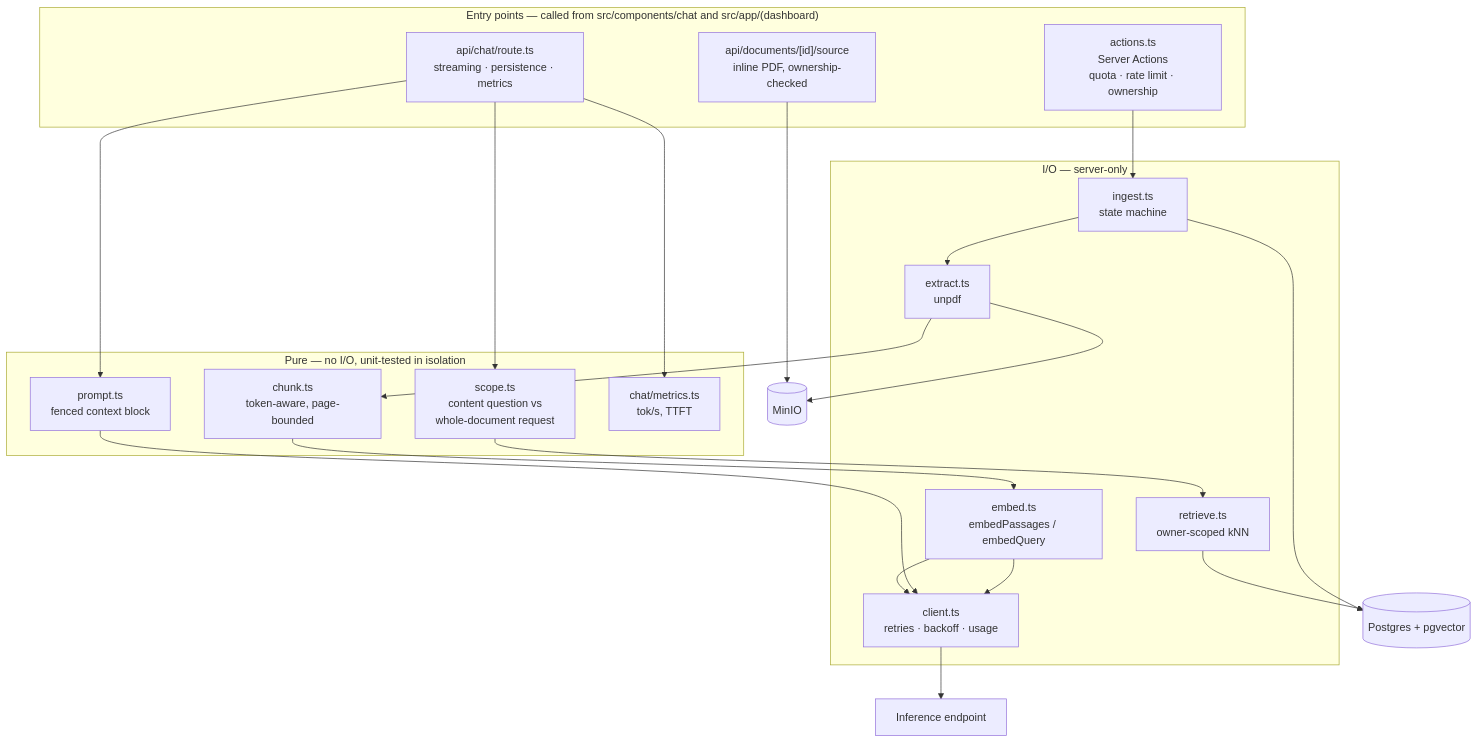
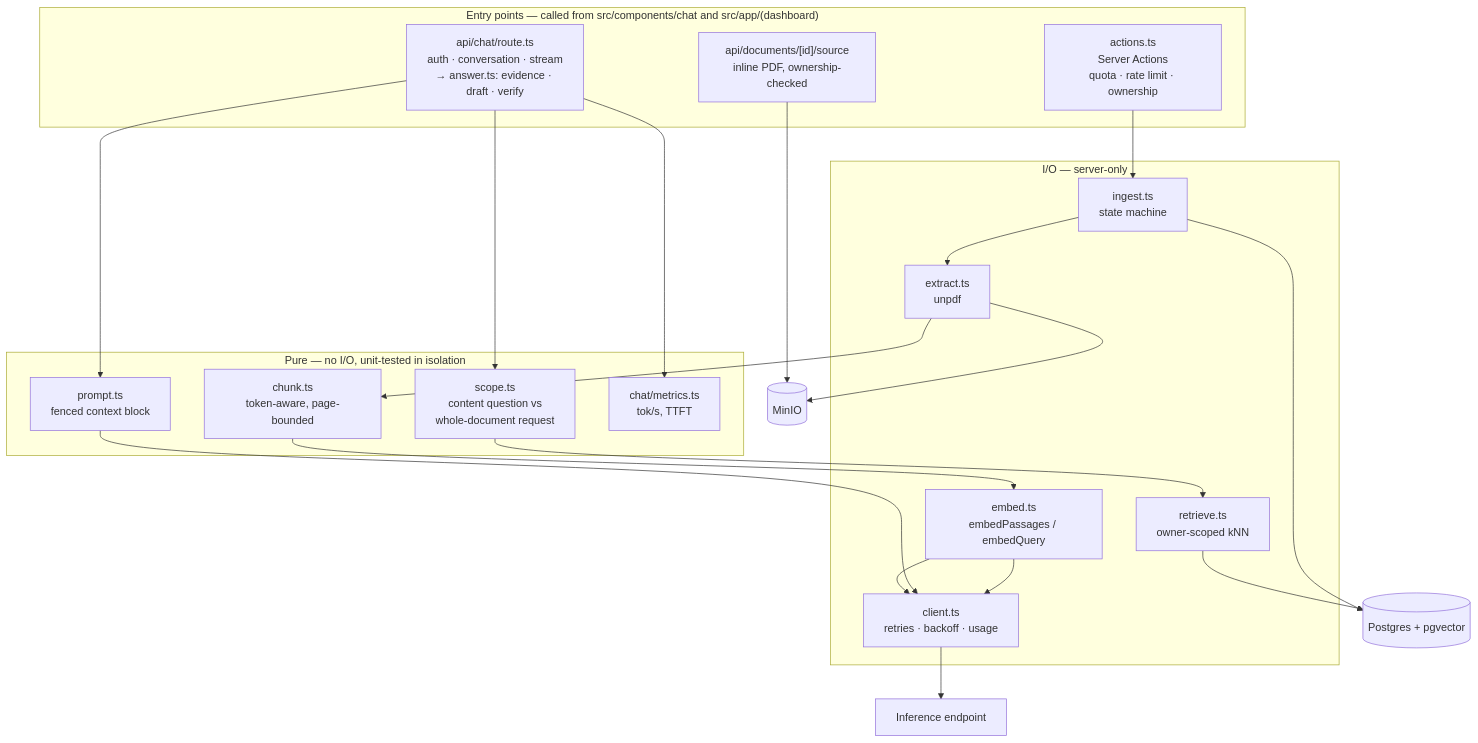
The fourth of 7 diagrams in docs/rag.md (devdaviddr/nextjs-rag-boilerplate), drawn with Mermaid before and after one commit. The commit also changed other lines of this file and 6 other files, not shown here.

First line of the commit message:
refactor(chat): move answering out of the chat route and test it

````diff
--- a/docs/rag.md
+++ b/docs/rag.md
@@ -798,37 +799,37 @@
 ```mermaid
 flowchart TB
     subgraph api["Entry points — called from src/components/chat and src/app/(dashboard)"]
         AC["actions.ts<br>Server Actions<br>quota · rate limit · ownership"]
-        RT["api/chat/route.ts<br>streaming · persistence · metrics"]
+        RT["api/chat/route.ts<br>auth · conversation · stream<br>→ answer.ts: evidence · draft · verify"]
         SRC["api/documents/[id]/source<br>inline PDF, ownership-checked"]
     end
 
     subgraph pure["Pure — no I/O, unit-tested in isolation"]
         CHK["chunk.ts<br>token-aware, page-bounded"]
         SCP["scope.ts<br>content question vs<br>whole-document request"]
         PRM["prompt.ts<br>fenced context block"]
         MET["chat/metrics.ts<br>tok/s, TTFT"]
     end
 
     subgraph io["I/O — server-only"]
         EXT["extract.ts<br>unpdf"]
         EMB["embed.ts<br>embedPassages / embedQuery"]
         ING["ingest.ts<br>state machine"]
         RET["retrieve.ts<br>owner-scoped kNN"]
         CLI["client.ts<br>retries · backoff · usage"]
     end
 
     DB[("Postgres + pgvector")]
     OBJ[("MinIO")]
     NIM["Inference endpoint"]
 
     AC --> ING
     SRC --> OBJ
     ING --> EXT --> CHK --> EMB --> CLI
     ING --> DB
     RT --> SCP --> RET --> DB
     RT --> PRM --> CLI --> NIM
     RT --> MET
     EMB --> CLI
     EXT --> OBJ
 ```
````
